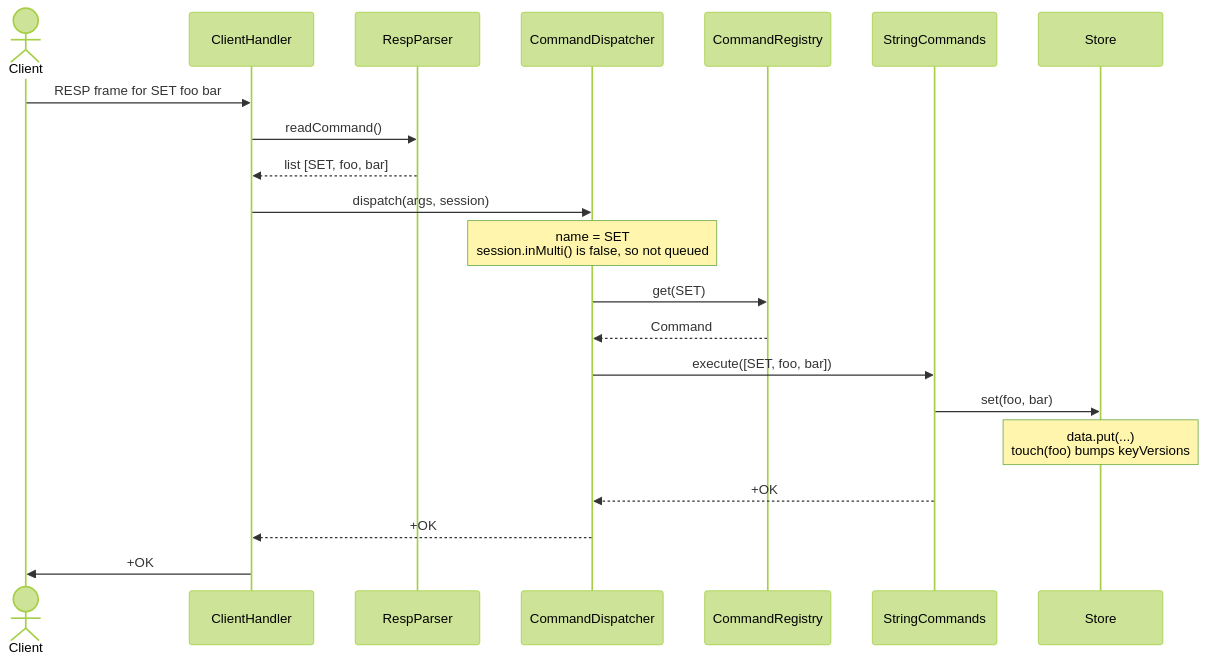
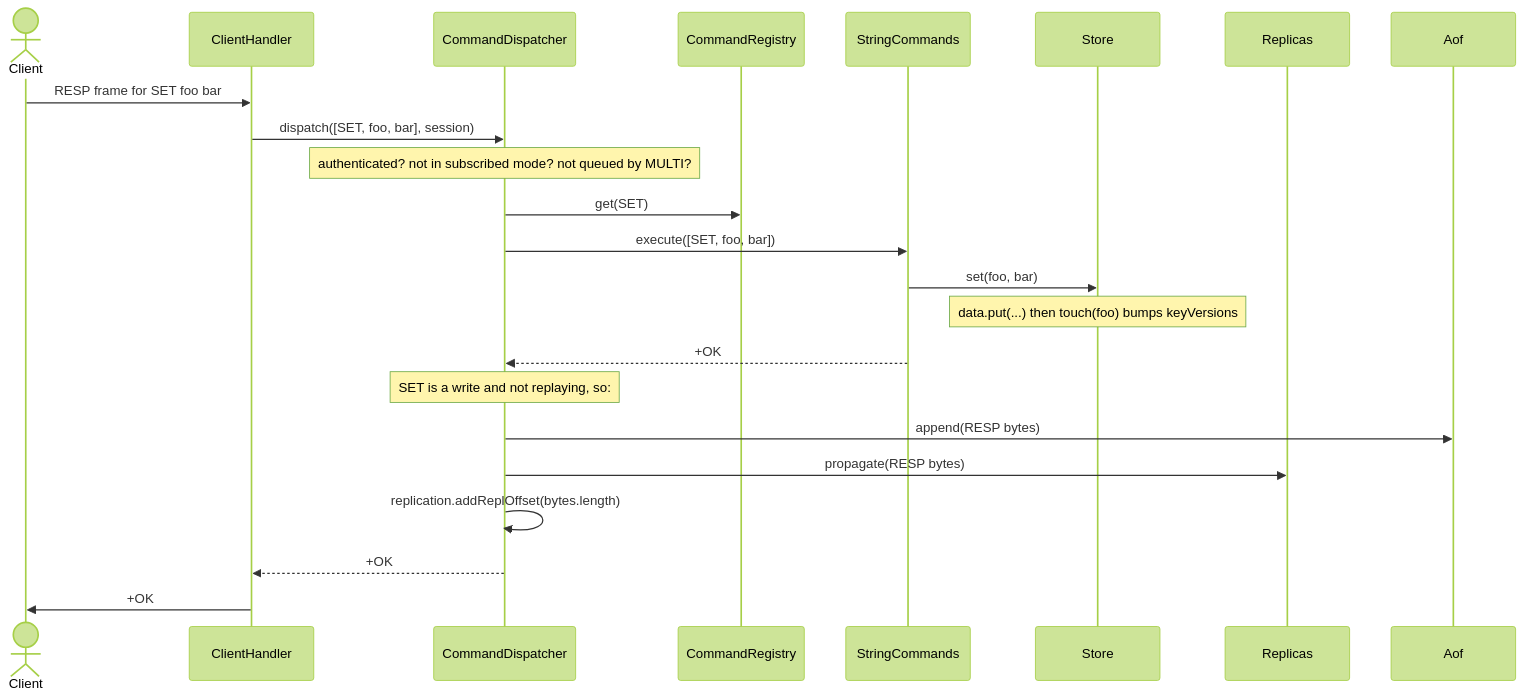
One commit to preetsagar/redis-java changed the first of 3 diagrams in docs/architecture.md. Above: the diagram before and after it, drawn with Mermaid (forest theme). The commit also changed other lines of this file and 3 other files, not shown here.

````diff
--- a/docs/architecture.md
+++ b/docs/architecture.md
@@ -31,24 +53,26 @@
 ```mermaid
 sequenceDiagram
     actor Client
     participant CH as ClientHandler
-    participant RP as RespParser
     participant CD as CommandDispatcher
     participant CR as CommandRegistry
     participant SC as StringCommands
     participant St as Store
+    participant RP as Replicas
+    participant AF as Aof
 
     Client->>CH: RESP frame for SET foo bar
-    CH->>RP: readCommand()
-    RP-->>CH: list [SET, foo, bar]
-    CH->>CD: dispatch(args, session)
-    Note over CD: name = SET<br/>session.inMulti() is false, so not queued
+    CH->>CD: dispatch([SET, foo, bar], session)
+    Note over CD: authenticated? not in subscribed mode? not queued by MULTI?
     CD->>CR: get(SET)
-    CR-->>CD: Command
     CD->>SC: execute([SET, foo, bar])
     SC->>St: set(foo, bar)
-    Note over St: data.put(...)<br/>touch(foo) bumps keyVersions
+    Note over St: data.put(...) then touch(foo) bumps keyVersions
     SC-->>CD: +OK
+    Note over CD: SET is a write and not replaying, so:
+    CD->>AF: append(RESP bytes)
+    CD->>RP: propagate(RESP bytes)
+    CD->>CD: replication.addReplOffset(bytes.length)
     CD-->>CH: +OK
     CH->>Client: +OK
 ```
````
